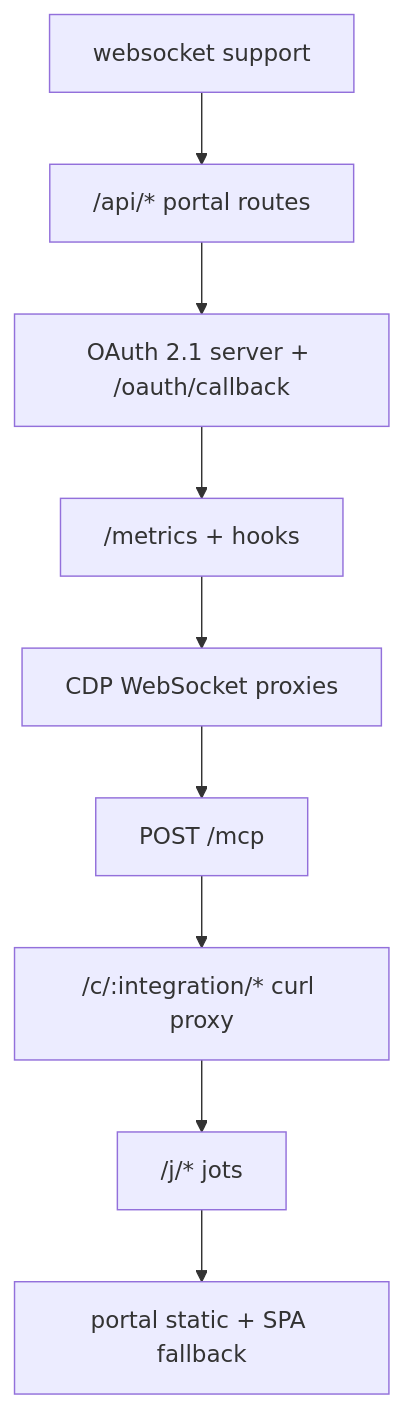
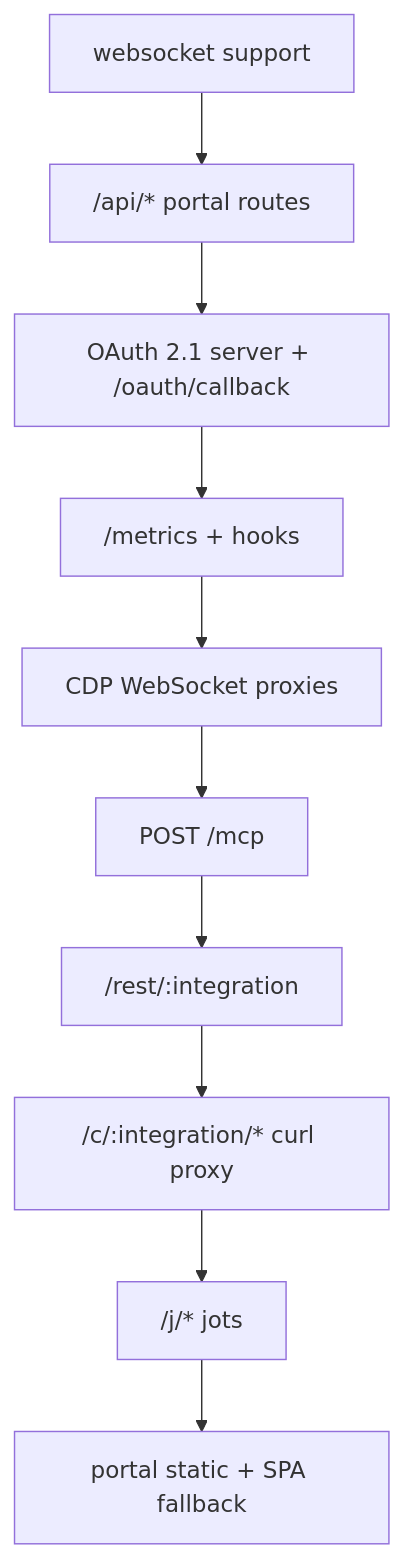
One commit to amarthaid/workbench changed the diagram in docs/site/_content/reference/http-api.md. Above: the diagram before and after it, drawn with Mermaid. The commit also changed other lines of this file and 13 other files, not shown here.

````diff
--- a/docs/site/_content/reference/http-api.md
+++ b/docs/site/_content/reference/http-api.md
@@ -10,11 +10,12 @@
 ```mermaid
 flowchart TB
   A[websocket support] --> B["/api/* portal routes"]
   B --> C["OAuth 2.1 server + /oauth/callback"]
   C --> D["/metrics + hooks"]
   D --> E[CDP WebSocket proxies]
   E --> F["POST /mcp"]
-  F --> G["/c/:integration/* curl proxy"]
+  F --> F2["/rest/:integration"]
+  F2 --> G["/c/:integration/* curl proxy"]
   G --> H["/j/* jots"]
   H --> I[portal static + SPA fallback]
 ```
````
